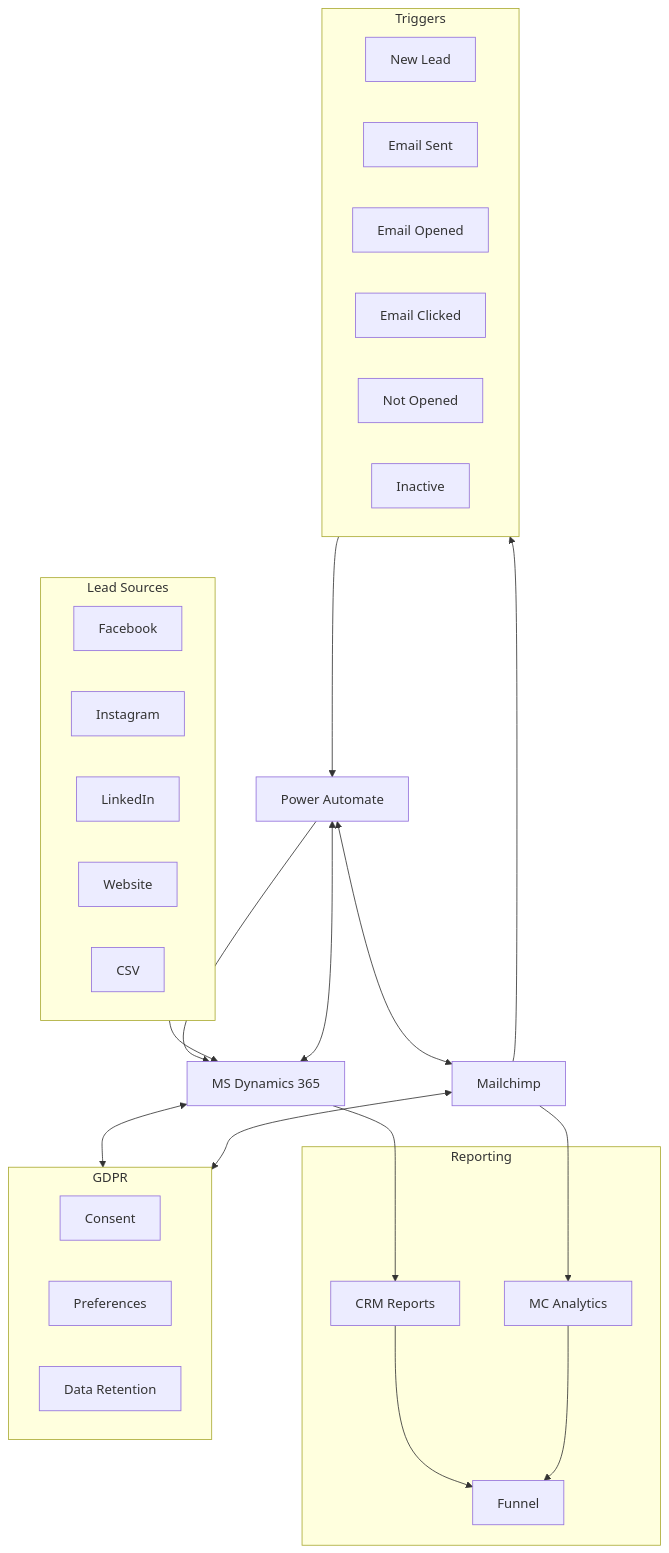
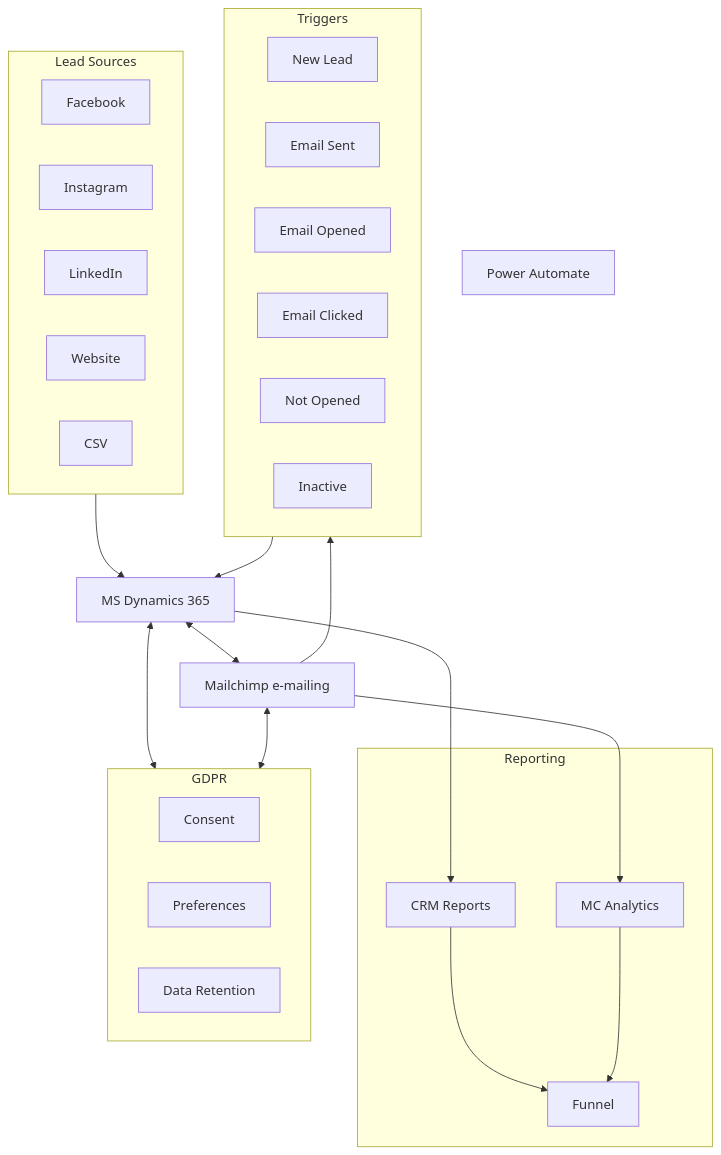
One commit to 0Richard/GTM changed the second of 2 diagrams in readme.md. Above: the diagram before and after it, drawn with Mermaid. The commit also changed other lines of this file, not shown here.

````diff
--- a/readme.md
+++ b/readme.md
@@ -73,56 +75,54 @@
 ```mermaid
 flowchart TD
     %% Lead Sources
     subgraph LS["Lead Sources"]
         FB["Facebook"]
         IG["Instagram"]
         LI["LinkedIn"]
         Web["Website"]
         CSV["CSV"]
     end
     
     %% Core Systems
     CRM["MS Dynamics 365"]
     PA["Power Automate"]
-    MC["Mailchimp"]
+    MC["Mailchimp e-mailing"]
     
     %% Event Triggers
     subgraph TR["Triggers"]
         NL["New Lead"]
         ES["Email Sent"]
         EO["Email Opened"]
         EC["Email Clicked"]
         NO["Not Opened"]
         IA["Inactive"]
     end
     
     %% Data Flow
     LS --> CRM
-    CRM <--> PA
-    PA <--> MC
+    CRM <--> MC
     MC --> TR
-    TR --> PA
-    PA --> CRM
+    TR --> CRM
     
     %% Reporting
     subgraph RP["Reporting"]
         CR["CRM Reports"]
         MA["MC Analytics"]
         FN["Funnel"]
     end
     
     CRM --> CR
     MC --> MA
     CR --> FN
     MA --> FN
     
     %% GDPR
     subgraph GD["GDPR"]
         CO["Consent"]
         PF["Preferences"]
         DR["Data Retention"]
     end
     
     CRM <--> GD
     MC <--> GD
 ```
````
